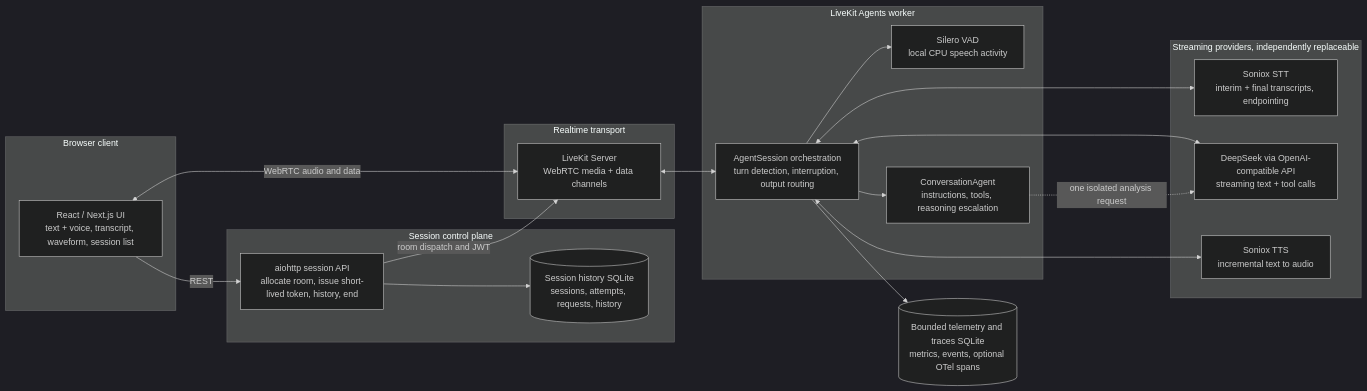
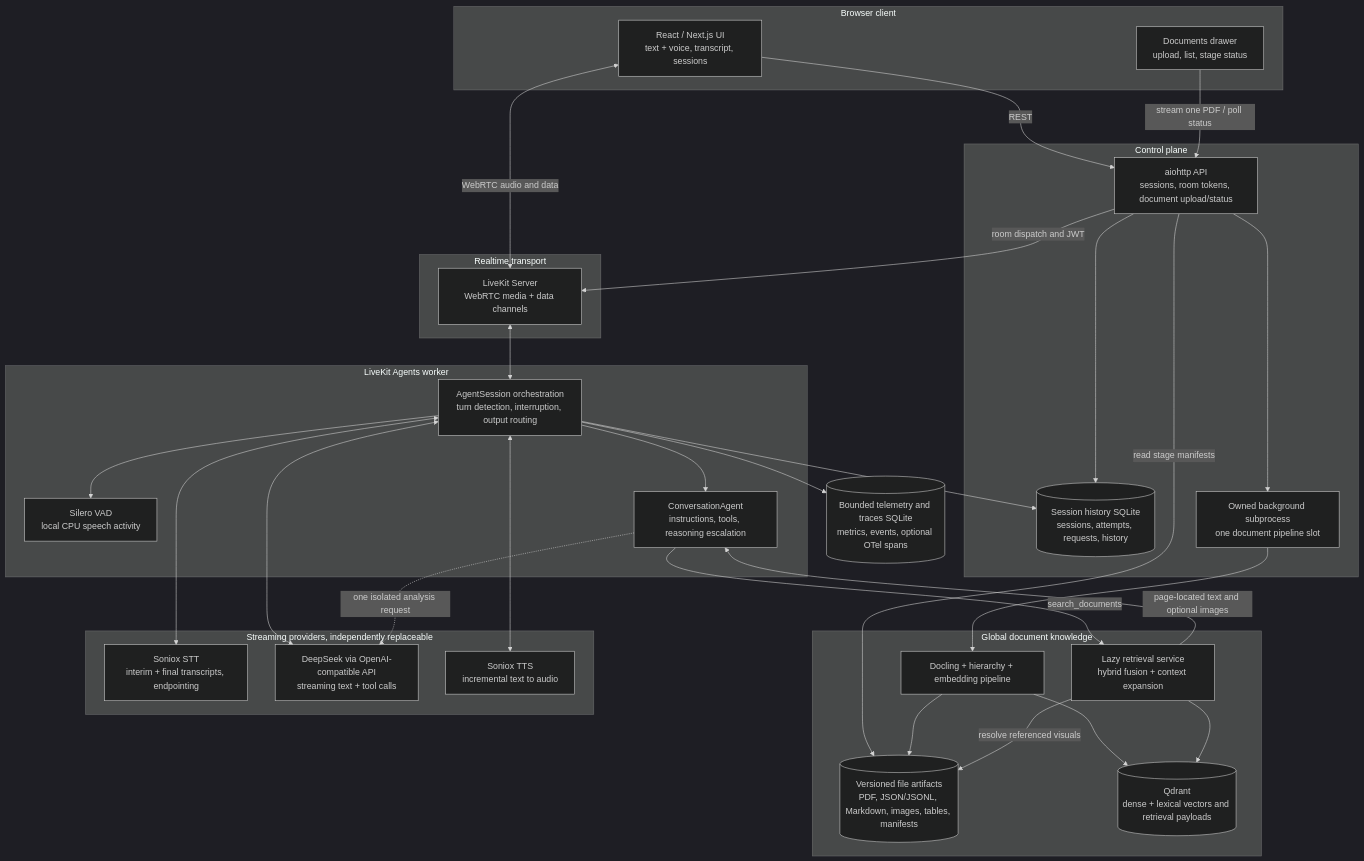
The first of 3 diagrams in README.md (ParrotG/OpenTalk), drawn with Mermaid (dark theme) before and after one commit. The commit also changed other lines of this file, not shown here.

Commit message:
pdf parser and rag readme update

````diff
--- a/README.md
+++ b/README.md
@@ -81,42 +95,62 @@
 ```mermaid
-flowchart LR
+flowchart TB
     subgraph Client["Browser client"]
-        UI["React / Next.js UI<br/>text + voice, transcript, waveform, session list"]
+        UI["React / Next.js UI<br/>text + voice, transcript, sessions"]
+        DU["Documents drawer<br/>upload, list, stage status"]
     end
 
-    subgraph Control["Session control plane"]
-        API["aiohttp session API<br/>allocate room, issue short-lived token, history, end"]
+    subgraph Control["Control plane"]
+        API["aiohttp API<br/>sessions, room tokens, document upload/status"]
         SDB[("Session history SQLite<br/>sessions, attempts, requests, history")]
+        JOB["Owned background subprocess<br/>one document pipeline slot"]
     end
 
     subgraph Transport["Realtime transport"]
         LK["LiveKit Server<br/>WebRTC media + data channels"]
     end
 
     subgraph Runtime["LiveKit Agents worker"]
         AS["AgentSession orchestration<br/>turn detection, interruption, output routing"]
         VAD["Silero VAD<br/>local CPU speech activity"]
         AG["ConversationAgent<br/>instructions, tools, reasoning escalation"]
     end
 
+    subgraph Knowledge["Global document knowledge"]
+        PIPE["Docling + hierarchy + embedding pipeline"]
+        FILES[("Versioned file artifacts<br/>PDF, JSON/JSONL, Markdown, images, tables, manifests")]
+        QD[("Qdrant<br/>dense + lexical vectors and retrieval payloads")]
+        RET["Lazy retrieval service<br/>hybrid fusion + context expansion"]
+    end
+
     subgraph Providers["Streaming providers, independently replaceable"]
         STT["Soniox STT<br/>interim + final transcripts, endpointing"]
         LLM["DeepSeek via OpenAI-compatible API<br/>streaming text + tool calls"]
         TTS["Soniox TTS<br/>incremental text to audio"]
     end
 
     TEL[("Bounded telemetry and traces SQLite<br/>metrics, events, optional OTel spans")]
 
     UI -->|REST| API
+    DU -->|stream one PDF / poll status| API
     API --> SDB
+    API --> JOB
+    API -->|read stage manifests| FILES
+    JOB --> PIPE
+    PIPE --> FILES
+    PIPE --> QD
     API -->|room dispatch and JWT| LK
     UI <-->|WebRTC audio and data| LK
     LK <--> AS
+    AS --> SDB
     AS --> VAD
     AS <--> STT
     AS <--> LLM
     AS <--> TTS
     AS --> AG
     AS --> TEL
     AG -.->|one isolated analysis request| LLM
+    AG -->|search_documents| RET
+    RET --> QD
+    RET -->|resolve referenced visuals| FILES
+    RET -->|page-located text and optional images| AG
 ```
````
